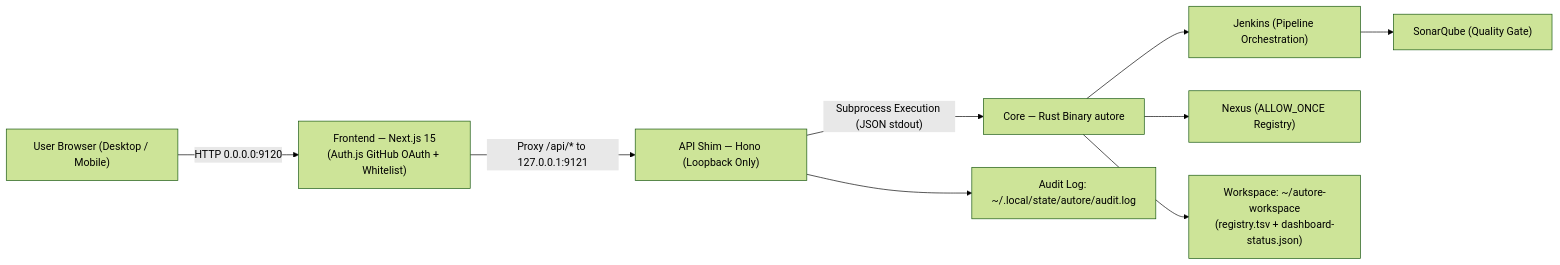
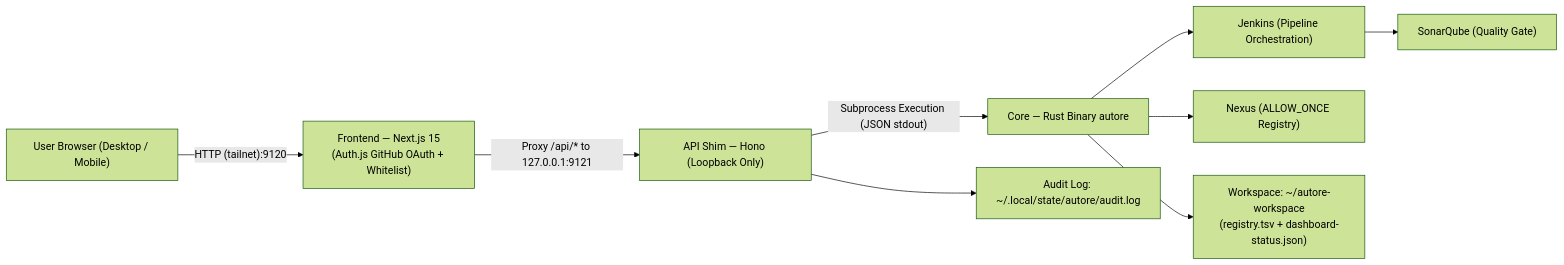
Before and after one commit to tugure-git-intern/Autore: the diagram in README.md, drawn with Mermaid (forest theme). The commit also changed other lines of this file and 1 other file, not shown here.

````diff
--- a/README.md
+++ b/README.md
@@ -47,11 +47,11 @@
 ```mermaid
 flowchart LR
-    U["User Browser (Desktop / Mobile)"] -->|"HTTP 0.0.0.0:9120"| D["Frontend — Next.js 15<br/>(Auth.js GitHub OAuth + Whitelist)"]
+    U["User Browser (Desktop / Mobile)"] -->|"HTTP (tailnet):9120"| D["Frontend — Next.js 15<br/>(Auth.js GitHub OAuth + Whitelist)"]
     D -->|"Proxy /api/* to 127.0.0.1:9121"| A["API Shim — Hono (Loopback Only)"]
     A -->|"Subprocess Execution (JSON stdout)"| C["Core — Rust Binary autore"]
     C --> J["Jenkins (Pipeline Orchestration)"]
     C --> N["Nexus (ALLOW_ONCE Registry)"]
     J --> S["SonarQube (Quality Gate)"]
     C --> WS["Workspace: ~/autore-workspace<br/>(registry.tsv + dashboard-status.json)"]
     A --> AU["Audit Log: ~/.local/state/autore/audit.log"]
 ```
````
